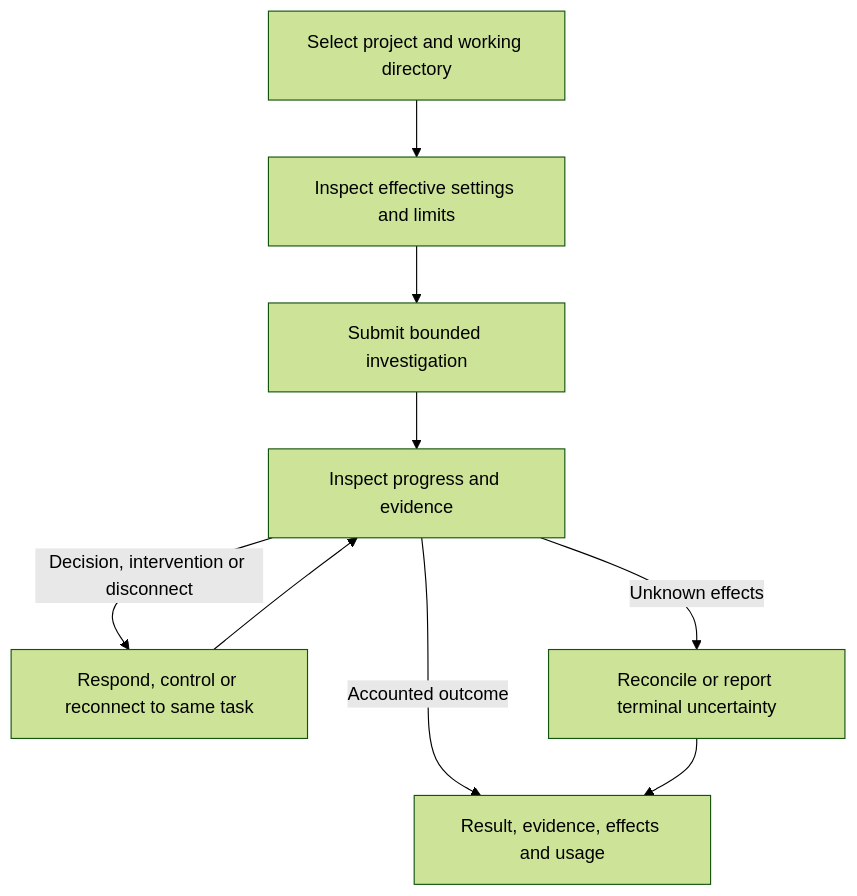
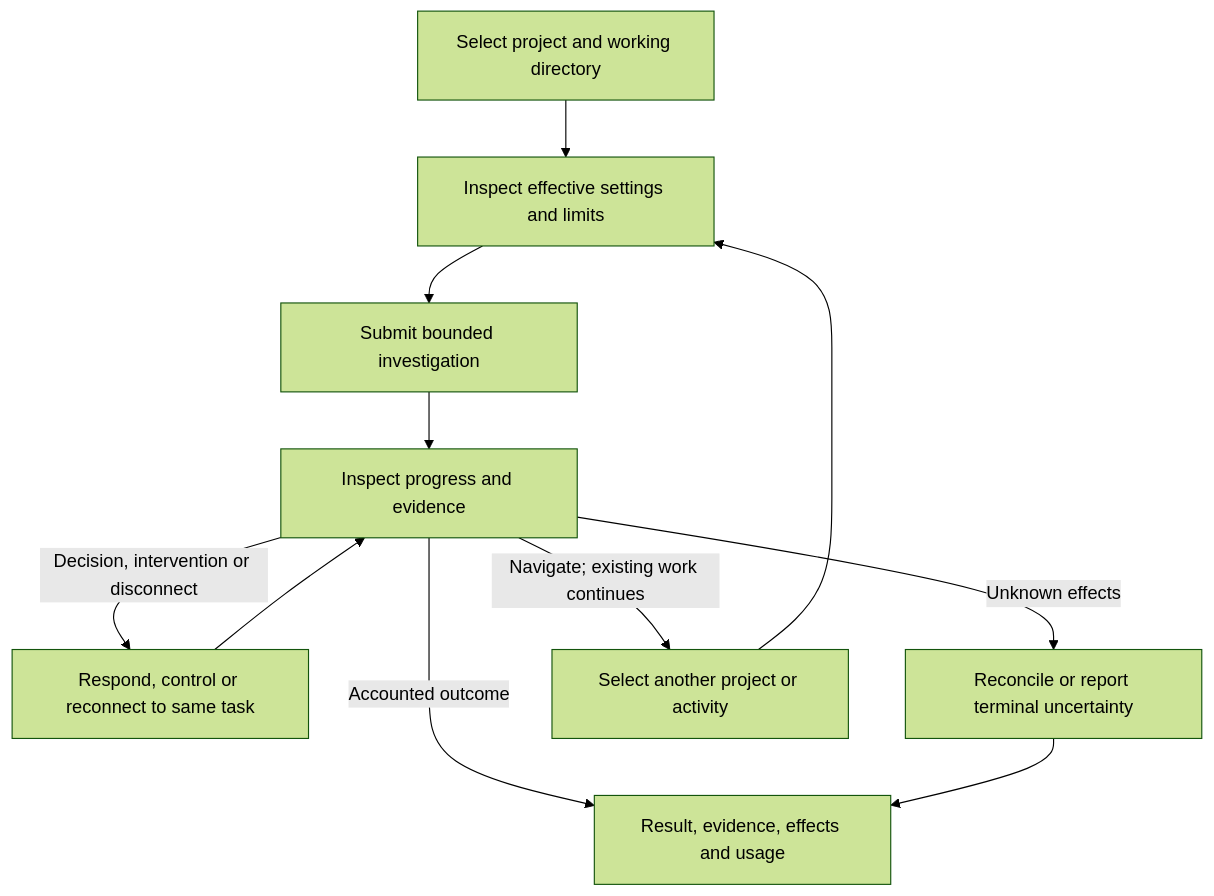
Before and after one commit to pidster/asura: the first of 2 diagrams in docs/designs/product-workflows.md, drawn with Mermaid (forest theme). The commit also changed other lines of this file and 73 other files, not shown here.

````diff
--- a/docs/designs/product-workflows.md
+++ b/docs/designs/product-workflows.md
@@ -39,11 +54,13 @@
 ```mermaid
 flowchart TD
     Open["Select project and working directory"] --> Inspect["Inspect effective settings and limits"]
     Inspect --> Submit["Submit bounded investigation"]
     Submit --> Track["Inspect progress and evidence"]
     Track -->|Decision, intervention or disconnect| Interact["Respond, control or reconnect to same task"]
     Interact --> Track
     Track -->|Accounted outcome| Report["Result, evidence, effects and usage"]
     Track -->|Unknown effects| Recover["Reconcile or report terminal uncertainty"]
     Recover --> Report
+    Track -->|Navigate; existing work continues| Other["Select another project or activity"]
+    Other --> Inspect
 ```
````
